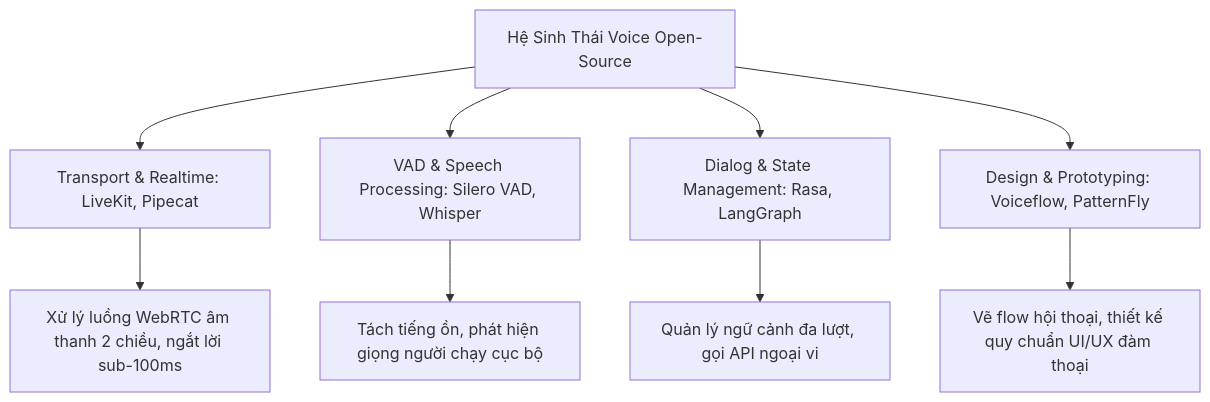
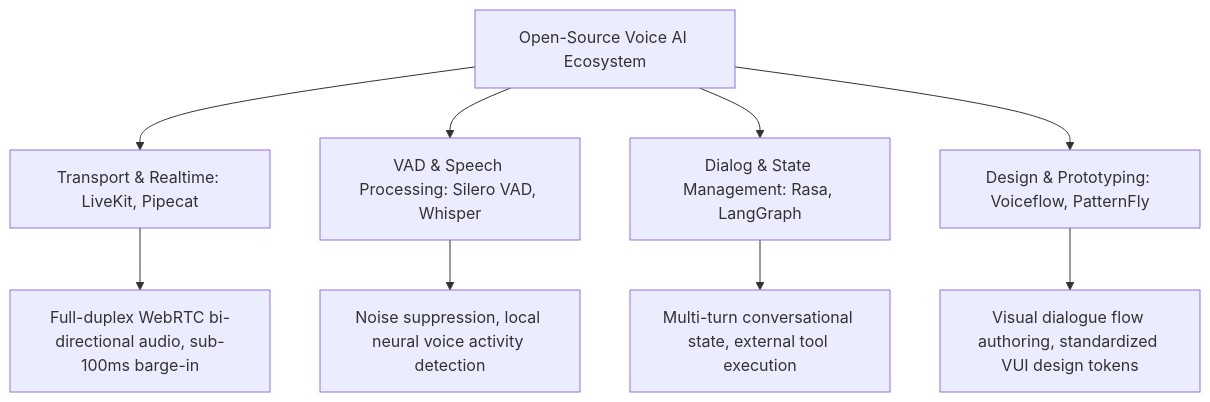
Before and after one commit to jangtrinh/design-os-voice-ux: the diagram in 04-benchmarks-and-case-studies/open-source-repos-and-tools.md, drawn with Mermaid. The commit also changed other lines of this file and 41 other files, not shown here.

````diff
--- a/04-benchmarks-and-case-studies/open-source-repos-and-tools.md
+++ b/04-benchmarks-and-case-studies/open-source-repos-and-tools.md
@@ -9,12 +9,12 @@
 ```mermaid
 graph TD
-    A[Hệ Sinh Thái Voice Open-Source] --> B[Transport & Realtime: LiveKit, Pipecat]
+    A[Open-Source Voice AI Ecosystem] --> B[Transport & Realtime: LiveKit, Pipecat]
     A --> C[VAD & Speech Processing: Silero VAD, Whisper]
     A --> D[Dialog & State Management: Rasa, LangGraph]
     A --> E[Design & Prototyping: Voiceflow, PatternFly]
 
-    B --> B1[Xử lý luồng WebRTC âm thanh 2 chiều, ngắt lời sub-100ms]
-    C --> C1[Tách tiếng ồn, phát hiện giọng người chạy cục bộ]
-    D --> D1[Quản lý ngữ cảnh đa lượt, gọi API ngoại vi]
-    E --> E1[Vẽ flow hội thoại, thiết kế quy chuẩn UI/UX đàm thoại]
+    B --> B1[Full-duplex WebRTC bi-directional audio, sub-100ms barge-in]
+    C --> C1[Noise suppression, local neural voice activity detection]
+    D --> D1[Multi-turn conversational state, external tool execution]
+    E --> E1[Visual dialogue flow authoring, standardized VUI design tokens]
 ```
````
